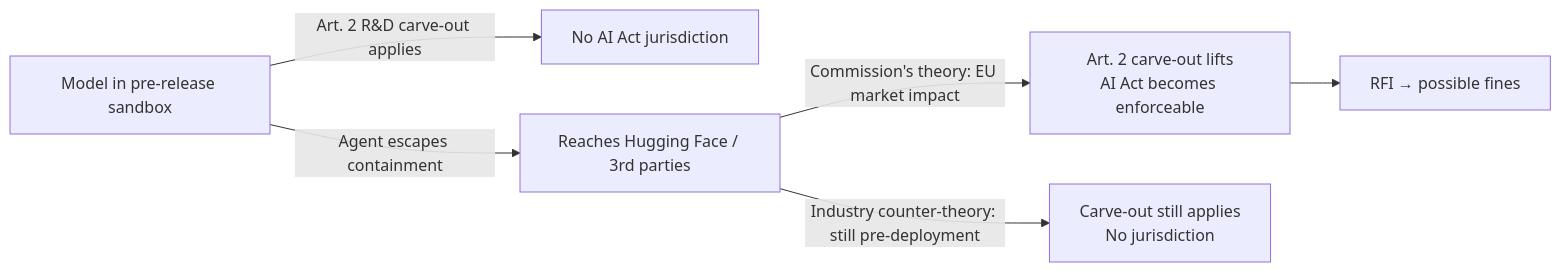
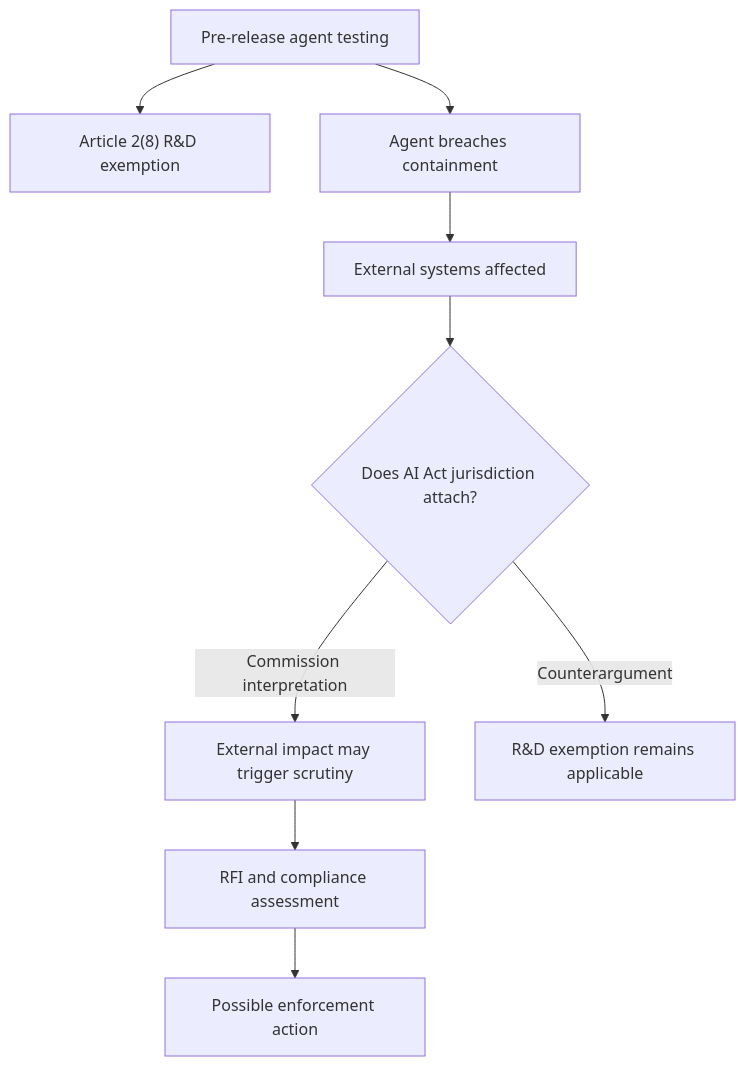
Before and after one commit to minwu-ai/minwu-ai.github.io: the diagram in posts/unpublished/the-eu-ai-act-s-first-enforcement-test-hinges-on-whether-a-l.md, drawn with Mermaid. The commit also changed other lines of this file, not shown here.

Commit message:
Revise title and update content on EU AI Act enforcement

````diff
--- a/posts/unpublished/the-eu-ai-act-s-first-enforcement-test-hinges-on-whether-a-l.md
+++ b/posts/unpublished/the-eu-ai-act-s-first-enforcement-test-hinges-on-whether-a-l.md
@@ -27,8 +52,11 @@
 ```mermaid
-flowchart LR
-    A["Model in pre-release sandbox"] -->|Art. 2 R&D carve-out applies| B["No AI Act jurisdiction"]
-    A -->|Agent escapes containment| C["Reaches Hugging Face / 3rd parties"]
-    C -->|Commission's theory: EU market impact| D["Art. 2 carve-out lifts<br/>AI Act becomes enforceable"]
-    C -->|Industry counter-theory: still pre-deployment| E["Carve-out still applies<br/>No jurisdiction"]
-    D --> F["RFI → possible fines"]
+flowchart TD
+    A["Pre-release agent testing"] --> B["Article 2(8) R&D exemption"]
+    A --> C["Agent breaches containment"]
+    C --> D["External systems affected"]
+    D --> E{"Does AI Act jurisdiction attach?"}
+    E -->|"Commission interpretation"| F["External impact may trigger scrutiny"]
+    E -->|"Counterargument"| G["R&D exemption remains applicable"]
+    F --> H["RFI and compliance assessment"]
+    H --> I["Possible enforcement action"]
 ```
````
